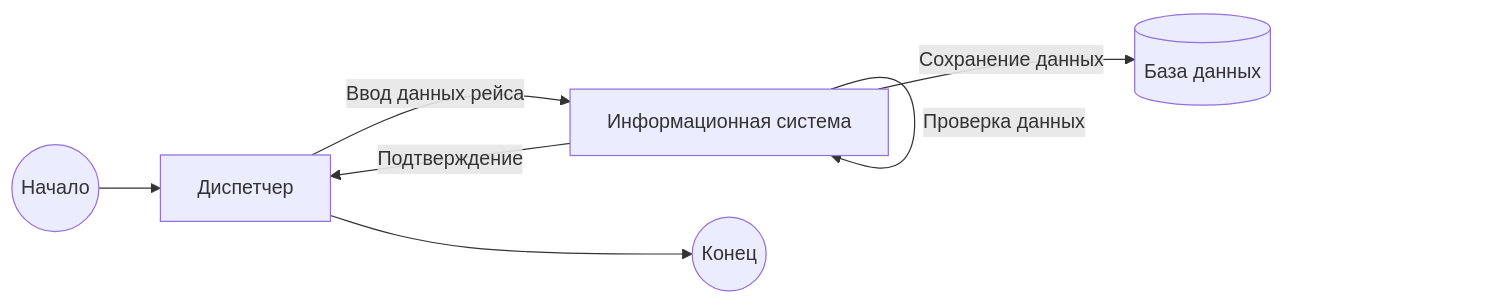
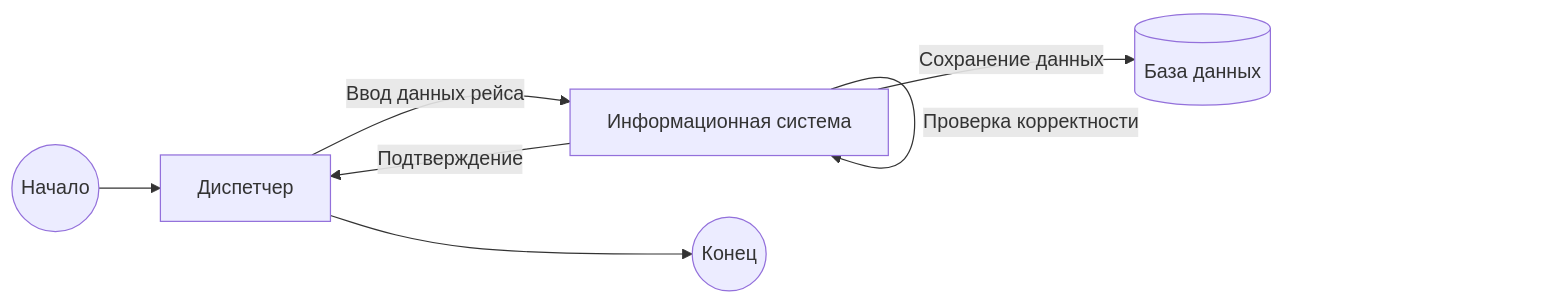
One commit to kirill483/ep changed the fifth of 7 diagrams in README.md. Above: the diagram before and after it, drawn with Mermaid. The commit also changed other lines of this file, not shown here.

````diff
--- a/README.md
+++ b/README.md
@@ -150,15 +165,16 @@
 ```mermaid
 flowchart LR
     Start((Начало))
     Dispatcher[Диспетчер]
     System[Информационная система]
     DB[(База данных)]
     End((Конец))
 
     Start --> Dispatcher
     Dispatcher -->|Ввод данных рейса| System
-    System -->|Проверка данных| System
+    System -->|Проверка корректности| System
     System -->|Сохранение данных| DB
     System -->|Подтверждение| Dispatcher
     Dispatcher --> End
+
 ```
````
